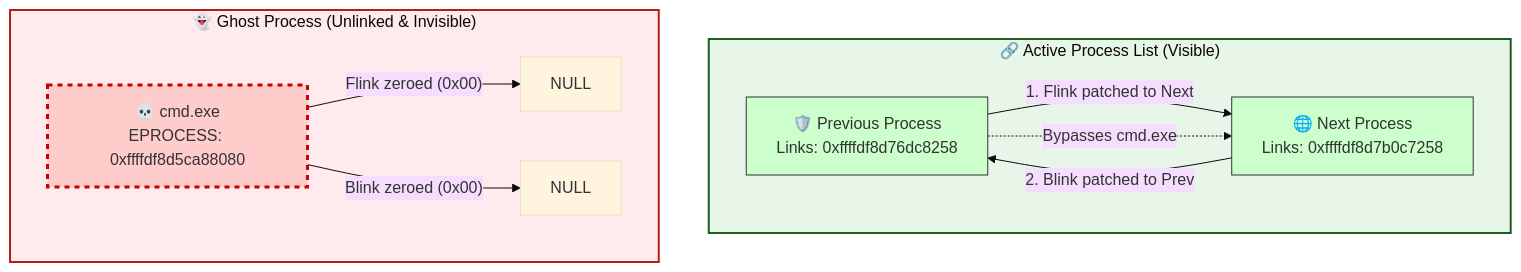
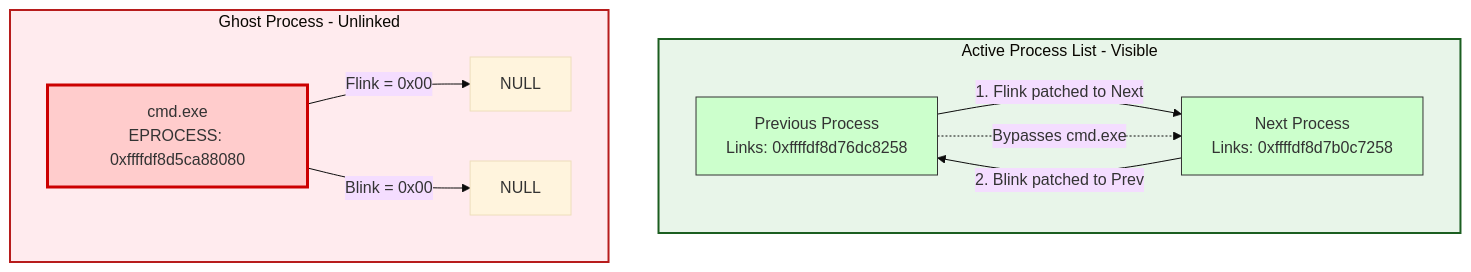
Before and after one commit to adolfcna/ATTvDEF: the second of 2 diagrams in content/Mitre Attack/Stealth TA0005/Rootkit/Direct Kernel Object Manipulation/Hide Process.md, drawn with Mermaid (base theme).

Commit message:
vault backup: 2026-09-22 11:13:46

````diff
--- a/content/Mitre Attack/Stealth TA0005/Rootkit/Direct Kernel Object Manipulation/Hide Process.md
+++ b/content/Mitre Attack/Stealth TA0005/Rootkit/Direct Kernel Object Manipulation/Hide Process.md
@@ -59,27 +59,28 @@
 ```mermaid
 flowchart TD
-    subgraph Active ["🔗 Active Process List (Visible)"]
-        direction LR
-        Prev["🛡️ Previous Process<br>Links: 0xffffdf8d76dc8258"]
-        Next["🌐 Next Process<br>Links: 0xffffdf8d7b0c7258"]
-        
-        %% Linking Prev and Next directly
-        Prev -- "1. Flink patched to Next" --> Next
-        Next -- "2. Blink patched to Prev" --> Prev
+
+    subgraph Active["Active Process List - Visible"]
+        Prev["Previous Process<br/>Links: 0xffffdf8d76dc8258"]
+        Next["Next Process<br/>Links: 0xffffdf8d7b0c7258"]
+
+        Prev -->|"1. Flink patched to Next"| Next
+        Next -->|"2. Blink patched to Prev"| Prev
     end
 
-    subgraph Hidden ["👻 Ghost Process (Unlinked & Invisible)"]
-        Cmd["💀 cmd.exe<br>EPROCESS: 0xffffdf8d5ca88080"]
-        Cmd -- "Flink zeroed (0x00)" --> Null1["NULL"]
-        Cmd -- "Blink zeroed (0x00)" --> Null2["NULL"]
+    subgraph Hidden["Ghost Process - Unlinked"]
+        Cmd["cmd.exe<br/>EPROCESS: 0xffffdf8d5ca88080"]
+        Null1["NULL"]
+        Null2["NULL"]
+
+        Cmd -->|"Flink = 0x00"| Null1
+        Cmd -->|"Blink = 0x00"| Null2
     end
 
-    %% Visualizing the bypass
-    Prev -. "Bypasses cmd.exe" .-> Next
+    Prev -.->|"Bypasses cmd.exe"| Next
 
     style Active fill:#e8f5e9,stroke:#1b5e20,stroke-width:2px
     style Hidden fill:#ffebee,stroke:#b71c1c,stroke-width:2px
-    style Prev fill:#ccffcc,stroke:#333
-    style Next fill:#ccffcc,stroke:#333
-    style Cmd fill:#ffcccc,stroke:#cc0000,stroke-width:3px,stroke-dasharray: 5 5
+    style Prev fill:#ccffcc,stroke:#333333
+    style Next fill:#ccffcc,stroke:#333333
+    style Cmd fill:#ffcccc,stroke:#cc0000,stroke-width:3px
 ```
````
